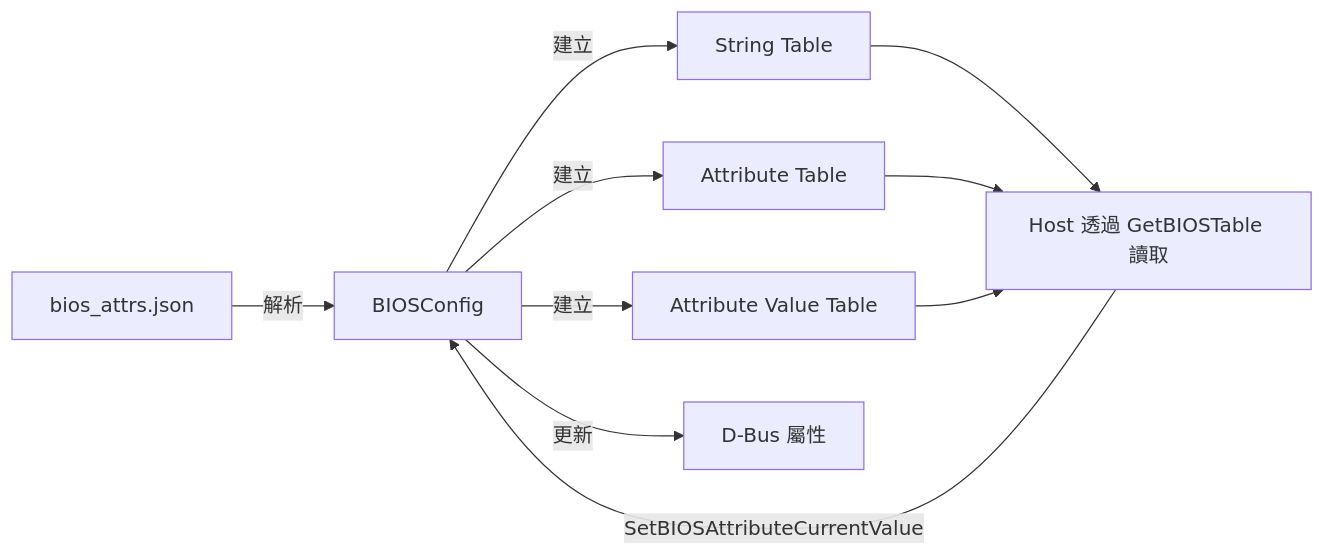
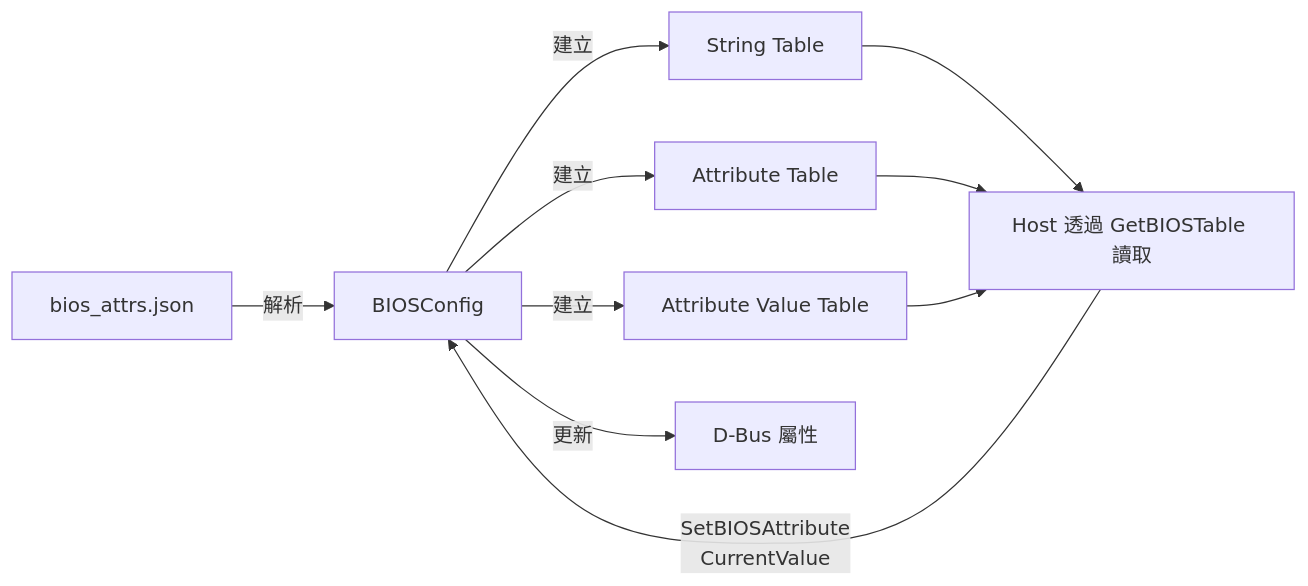
The first of 3 diagrams in pldm/BIOSConfig.md (chilung-cgu/bmc-firmware-knowledge-base), drawn with Mermaid before and after one commit. The commit also changed 2 other files, not shown here.

Commit message:
docs(pldm): 補充修正 Mermaid 節點中過長的方法名稱
掃描並修正了 CodeFlows.md、PlatformMC.md 以及 BIOSConfig.md 中殘存的過長字串（如 `initMctpTerminus()`、`processNumericSensorEvent()`、`SetBIOSAttributeCurrentValue` 等）。將這些長字串加上 `<br/>` 換行標籤，確保在各種寬度的 VS Code 預覽視窗中都不會發生邊緣文字被截斷的問題。

````diff
--- a/pldm/BIOSConfig.md
+++ b/pldm/BIOSConfig.md
@@ -17,12 +17,12 @@
 ```mermaid
 graph LR
     JSON["bios_attrs.json"] -->|"解析"| BIOSConfig["BIOSConfig"]
     BIOSConfig -->|"建立"| ST["String Table"]
     BIOSConfig -->|"建立"| AT["Attribute Table"]
     BIOSConfig -->|"建立"| AVT["Attribute Value Table"]
     ST --> Host["Host 透過 GetBIOSTable 讀取"]
     AT --> Host
     AVT --> Host
-    Host -->|"SetBIOSAttributeCurrentValue"| BIOSConfig
+    Host -->|"SetBIOSAttribute<br/>CurrentValue"| BIOSConfig
     BIOSConfig -->|"更新"| DBus["D-Bus 屬性"]
 ```
````
